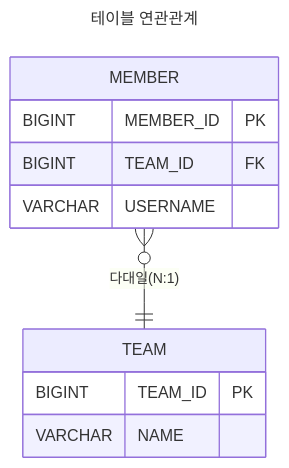
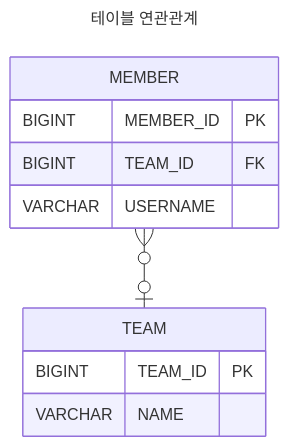
Before and after one commit to mrpark219/deep-dive: the second of 8 diagrams in JPA/jpa-relationship-mapping.md, drawn with Mermaid. The commit also changed other lines of this file, not shown here.

````diff
--- a/JPA/jpa-relationship-mapping.md
+++ b/JPA/jpa-relationship-mapping.md
@@ -67,18 +67,18 @@
 ```mermaid
 ---
 title: 테이블 연관관계
 ---
 erDiagram
     MEMBER {
         BIGINT MEMBER_ID PK
         BIGINT TEAM_ID FK
         VARCHAR USERNAME
     }
 
     TEAM {
         BIGINT TEAM_ID PK
         VARCHAR NAME
     }
 
-    MEMBER }o--|| TEAM : "다대일(N:1)"
+    MEMBER }o--o| TEAM : ""
 ```
````
